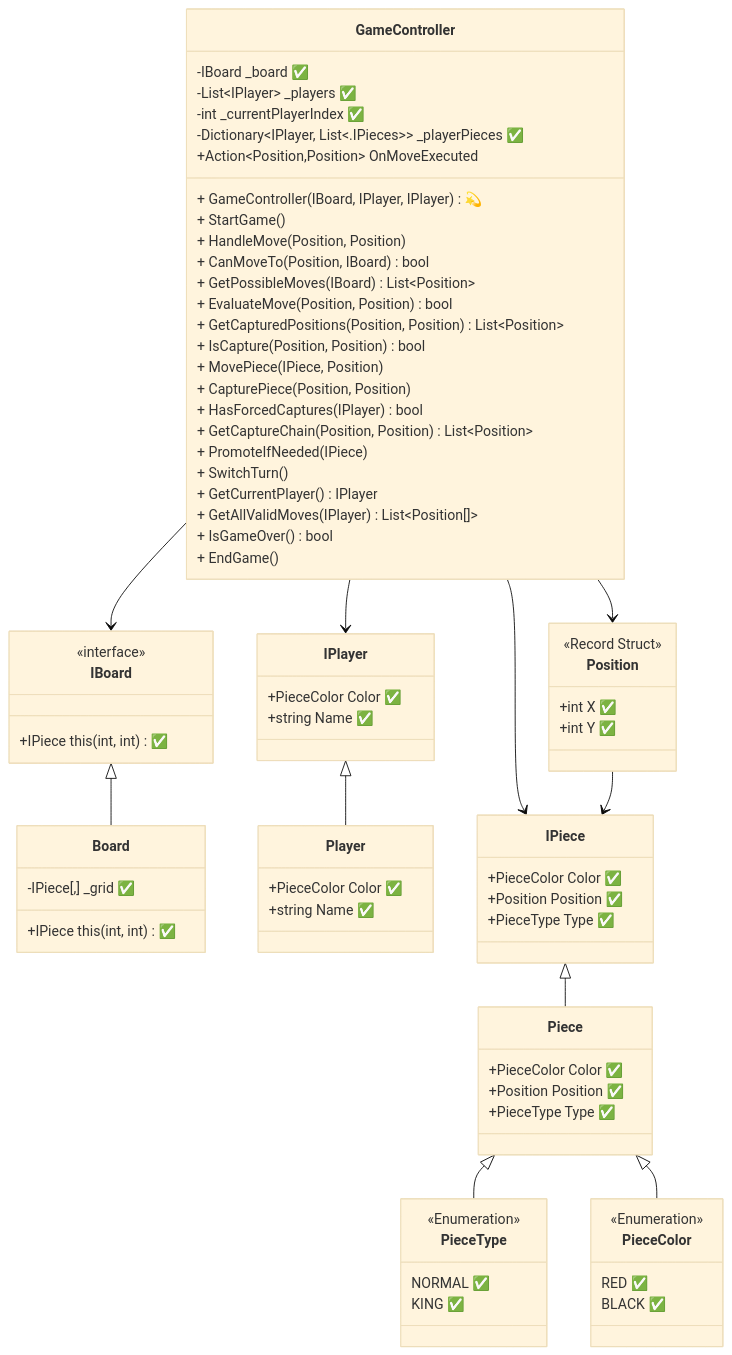
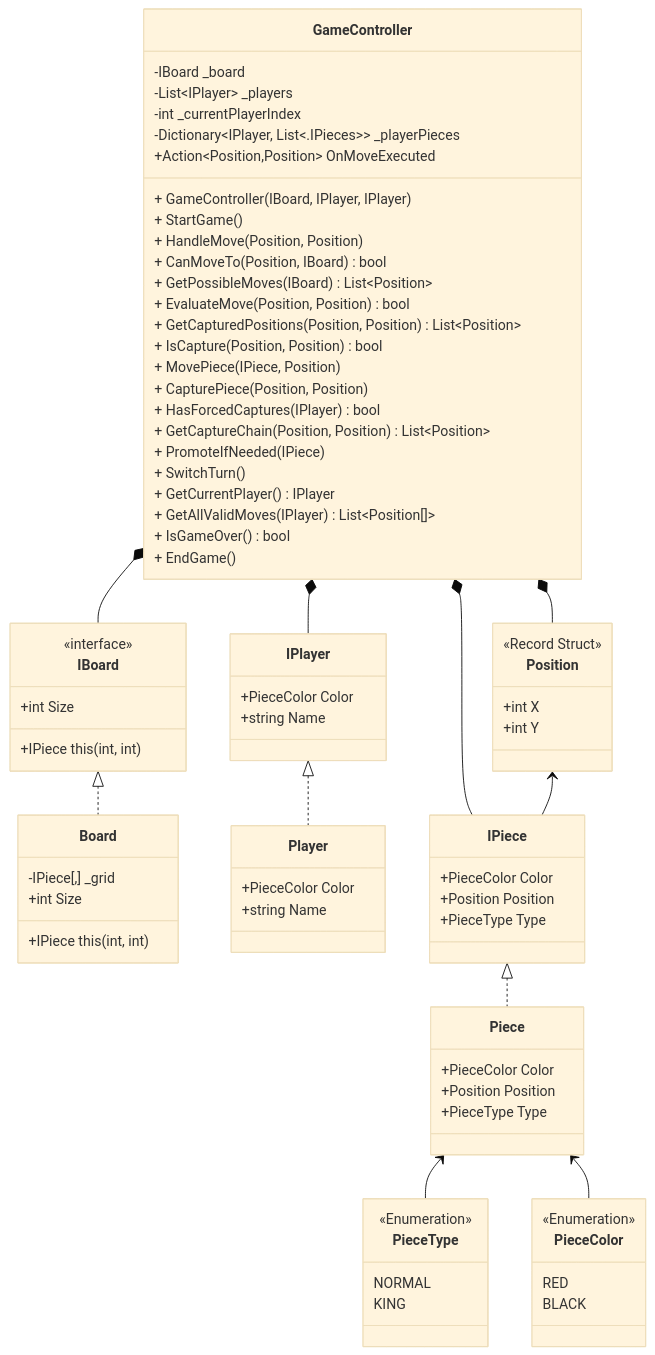
Before and after one commit to Masdikaa/Masdika-Bootcamp-SE-Formulatrix: the diagram in Checkers/ClassDiagram.mmd, drawn with Mermaid (base theme). The commit also changed 23 other files, not shown here.

Commit message:
game controller constructor and move piece method

```diff
--- a/Checkers/ClassDiagram.mmd
+++ b/Checkers/ClassDiagram.mmd
@@ -1,103 +1,95 @@
 classDiagram
     class GameController {
 
-        -IBoard _board ✅
-        -List~IPlayer~ _players ✅
-        -int _currentPlayerIndex ✅
-        -Dictionary~IPlayer, List<.IPieces>~ _playerPieces ✅
+        -IBoard _board 
+        -List~IPlayer~ _players 
+        -int _currentPlayerIndex 
+        -Dictionary~IPlayer, List<.IPieces>~ _playerPieces 
         +Action~Position,Position~ OnMoveExecuted
         
-        + GameController(IBoard, IPlayer, IPlayer) 💫
+        + GameController(IBoard, IPlayer, IPlayer) 
         + StartGame()
         + HandleMove(Position, Position)
         + CanMoveTo(Position, IBoard) bool
         + GetPossibleMoves(IBoard) List~Position~
         + EvaluateMove(Position, Position) bool
         + GetCapturedPositions(Position, Position) List~Position~
         + IsCapture(Position, Position) bool
         + MovePiece(IPiece, Position)
         + CapturePiece(Position, Position)
         + HasForcedCaptures(IPlayer) bool      
         + GetCaptureChain(Position, Position) List~Position~
         + PromoteIfNeeded(IPiece)
         + SwitchTurn()
         + GetCurrentPlayer() IPlayer
         + GetAllValidMoves(IPlayer) List~Position[]~
         + IsGameOver() bool
         + EndGame()
 
     }
-    
-    %% class IBoard {
-    %%     +GetPiece(int, int): IPiece ✅
-    %%     +SetPiece(int, int, IPiece) ✅
-    %% }
-    
-    %% class Board {
-    %%     -IPiece[,] grid ✅
-    %%     +GetPiece(int, int): IPiece ✅
-    %%     +SetPiece(int, int, IPiece) ✅
-    %% }
 
     class IBoard {
         <<interface>>
-        +IPiece this(int, int) ✅
+        +int Size
+        +IPiece this(int, int)
+
     }
 
     class Board {
-        -IPiece[,] _grid ✅
-        +IPiece this(int, int) ✅
+        -IPiece[,] _grid
+        +int Size
+        +IPiece this(int, int)
     }
     
     class IPlayer {
-        +PieceColor Color ✅
-        +string Name ✅
+        +PieceColor Color 
+        +string Name 
     }
     
     class Player {
-        +PieceColor Color ✅
-        +string Name ✅
+        +PieceColor Color 
+        +string Name 
+    }
+    
+    class IPiece {
+        +PieceColor Color 
+        +Position Position 
+        +PieceType Type 
+    }
+    
+    class Piece {
+        +PieceColor Color 
+        +Position Position 
+        +PieceType Type 
     }
     
     class Position {
         <<Record Struct>>
-        +int X ✅
-        +int Y ✅
+        +int X 
+        +int Y 
     }
-    
-    class IPiece {
-        +PieceColor Color ✅
-        +Position Position ✅
-        +PieceType Type ✅
-    }
-    
-    class Piece {
-        +PieceColor Color ✅
-        +Position Position ✅
-        +PieceType Type ✅
-    }
-    
+
     class PieceType {
         <<Enumeration>>
-        NORMAL ✅
-        KING ✅
+        NORMAL 
+        KING 
     }
     
     class PieceColor {
         <<Enumeration>>
-        RED ✅
-        BLACK ✅
+        RED 
+        BLACK 
     }
 
-    GameController --> IBoard
-    GameController --> IPlayer
-    GameController --> IPiece
-    GameController --> Position
+    GameController *-- IBoard
+    GameController *-- IPlayer
+    GameController *-- IPiece
+    GameController *-- Position
 
-    IBoard <|-- Board
-    IPlayer <|-- Player
-    IPiece <|-- Piece
-    Piece <|-- PieceType
-    Piece <|-- PieceColor
+    IBoard <|.. Board
+    IPlayer <|.. Player
+    IPiece <|.. Piece
+    Piece <-- PieceType
+    Piece <-- PieceColor
 
-    Position --> IPiece
+    Position <-- IPiece
```
